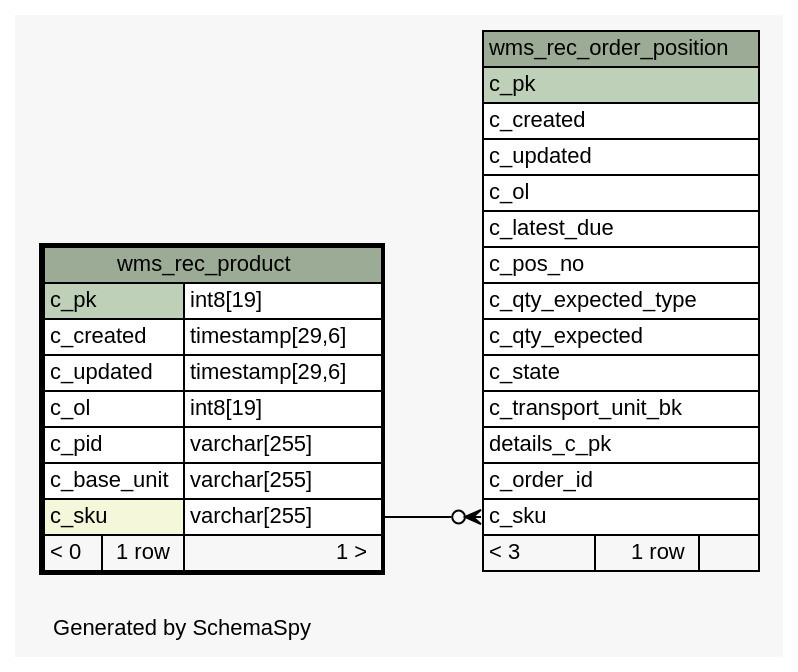
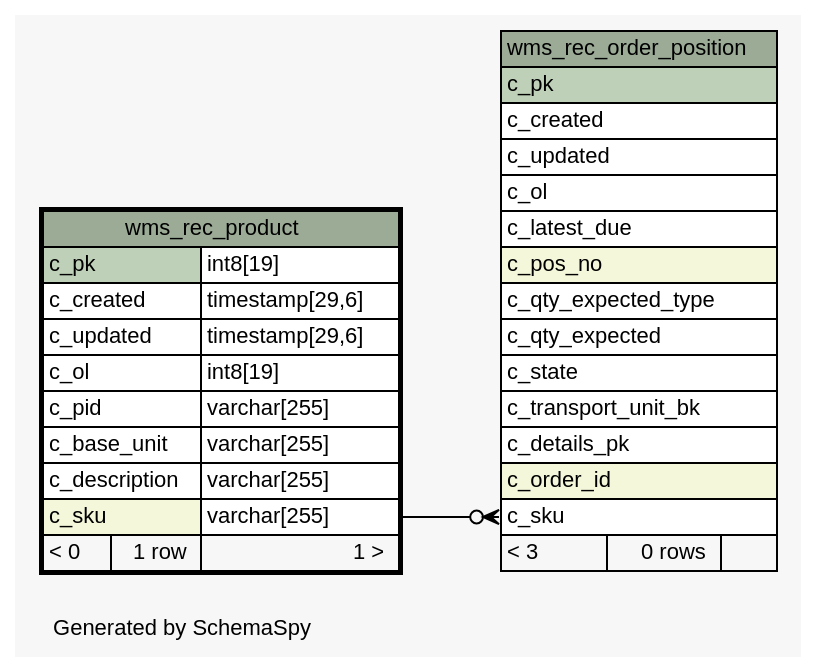
The diagram in schemaspy/diagrams/wms_rec_product.1degree.dot (openwms/org.openwms.wms.receiving.lib), drawn with Graphviz before and after one commit. The commit also changed 200 other files, not shown here.

```diff
--- a/schemaspy/diagrams/wms_rec_product.1degree.dot
+++ b/schemaspy/diagrams/wms_rec_product.1degree.dot
@@ -1,61 +1,62 @@
 // dot 2.36.0 on Linux 4.4.0-101-generic
 // SchemaSpy rev Unknown
 digraph "oneDegreeRelationshipsDiagram" {
   graph [
     rankdir="RL"
     bgcolor="#f7f7f7"
     label="\nGenerated by SchemaSpy"
     labeljust="l"
     nodesep="0.18"
     ranksep="0.46"
     fontname="Helvetica"
     fontsize="11"
   ];
   node [
     fontname="Helvetica"
     fontsize="11"
     shape="plaintext"
   ];
   edge [
     arrowsize="0.8"
   ];
   "wms_rec_order_position":"c_sku":w -> "wms_rec_product":"c_sku.type":e [arrowhead=none dir=back arrowtail=crowodot];
   "wms_rec_order_position" [
     label=<
     <TABLE BORDER="0" CELLBORDER="1" CELLSPACING="0" BGCOLOR="#ffffff">
       <TR><TD COLSPAN="3" BGCOLOR="#9bab96" ALIGN="CENTER">wms_rec_order_position</TD></TR>
       <TR><TD PORT="c_pk" COLSPAN="3" BGCOLOR="#bed1b8" ALIGN="LEFT">c_pk</TD></TR>
       <TR><TD PORT="c_created" COLSPAN="3" ALIGN="LEFT">c_created</TD></TR>
       <TR><TD PORT="c_updated" COLSPAN="3" ALIGN="LEFT">c_updated</TD></TR>
       <TR><TD PORT="c_ol" COLSPAN="3" ALIGN="LEFT">c_ol</TD></TR>
       <TR><TD PORT="c_latest_due" COLSPAN="3" ALIGN="LEFT">c_latest_due</TD></TR>
-      <TR><TD PORT="c_pos_no" COLSPAN="3" ALIGN="LEFT">c_pos_no</TD></TR>
+      <TR><TD PORT="c_pos_no" COLSPAN="3" BGCOLOR="#f4f7da" ALIGN="LEFT">c_pos_no</TD></TR>
       <TR><TD PORT="c_qty_expected_type" COLSPAN="3" ALIGN="LEFT">c_qty_expected_type</TD></TR>
       <TR><TD PORT="c_qty_expected" COLSPAN="3" ALIGN="LEFT">c_qty_expected</TD></TR>
       <TR><TD PORT="c_state" COLSPAN="3" ALIGN="LEFT">c_state</TD></TR>
       <TR><TD PORT="c_transport_unit_bk" COLSPAN="3" ALIGN="LEFT">c_transport_unit_bk</TD></TR>
-      <TR><TD PORT="details_c_pk" COLSPAN="3" ALIGN="LEFT">details_c_pk</TD></TR>
-      <TR><TD PORT="c_order_id" COLSPAN="3" ALIGN="LEFT">c_order_id</TD></TR>
+      <TR><TD PORT="c_details_pk" COLSPAN="3" ALIGN="LEFT">c_details_pk</TD></TR>
+      <TR><TD PORT="c_order_id" COLSPAN="3" BGCOLOR="#f4f7da" ALIGN="LEFT">c_order_id</TD></TR>
       <TR><TD PORT="c_sku" COLSPAN="3" ALIGN="LEFT">c_sku</TD></TR>
-      <TR><TD ALIGN="LEFT" BGCOLOR="#f7f7f7">&lt; 3</TD><TD ALIGN="RIGHT" BGCOLOR="#f7f7f7">1 row</TD><TD ALIGN="RIGHT" BGCOLOR="#f7f7f7">  </TD></TR>
+      <TR><TD ALIGN="LEFT" BGCOLOR="#f7f7f7">&lt; 3</TD><TD ALIGN="RIGHT" BGCOLOR="#f7f7f7">0 rows</TD><TD ALIGN="RIGHT" BGCOLOR="#f7f7f7">  </TD></TR>
     </TABLE>>
     URL="wms_rec_order_position.html"
     tooltip="wms_rec_order_position"
   ];
   "wms_rec_product" [
     label=<
     <TABLE BORDER="2" CELLBORDER="1" CELLSPACING="0" BGCOLOR="#ffffff">
       <TR><TD COLSPAN="3" BGCOLOR="#9bab96" ALIGN="CENTER">wms_rec_product</TD></TR>
       <TR><TD PORT="c_pk" COLSPAN="2" BGCOLOR="#bed1b8" ALIGN="LEFT">c_pk</TD><TD PORT="c_pk.type" ALIGN="LEFT">int8[19]</TD></TR>
       <TR><TD PORT="c_created" COLSPAN="2" ALIGN="LEFT">c_created</TD><TD PORT="c_created.type" ALIGN="LEFT">timestamp[29,6]</TD></TR>
       <TR><TD PORT="c_updated" COLSPAN="2" ALIGN="LEFT">c_updated</TD><TD PORT="c_updated.type" ALIGN="LEFT">timestamp[29,6]</TD></TR>
       <TR><TD PORT="c_ol" COLSPAN="2" ALIGN="LEFT">c_ol</TD><TD PORT="c_ol.type" ALIGN="LEFT">int8[19]</TD></TR>
       <TR><TD PORT="c_pid" COLSPAN="2" ALIGN="LEFT">c_pid</TD><TD PORT="c_pid.type" ALIGN="LEFT">varchar[255]</TD></TR>
       <TR><TD PORT="c_base_unit" COLSPAN="2" ALIGN="LEFT">c_base_unit</TD><TD PORT="c_base_unit.type" ALIGN="LEFT">varchar[255]</TD></TR>
+      <TR><TD PORT="c_description" COLSPAN="2" ALIGN="LEFT">c_description</TD><TD PORT="c_description.type" ALIGN="LEFT">varchar[255]</TD></TR>
       <TR><TD PORT="c_sku" COLSPAN="2" BGCOLOR="#f4f7da" ALIGN="LEFT">c_sku</TD><TD PORT="c_sku.type" ALIGN="LEFT">varchar[255]</TD></TR>
       <TR><TD ALIGN="LEFT" BGCOLOR="#f7f7f7">&lt; 0</TD><TD ALIGN="RIGHT" BGCOLOR="#f7f7f7">1 row</TD><TD ALIGN="RIGHT" BGCOLOR="#f7f7f7">1 &gt;</TD></TR>
     </TABLE>>
     URL="wms_rec_product.html"
     tooltip="wms_rec_product"
   ];
 }
```
